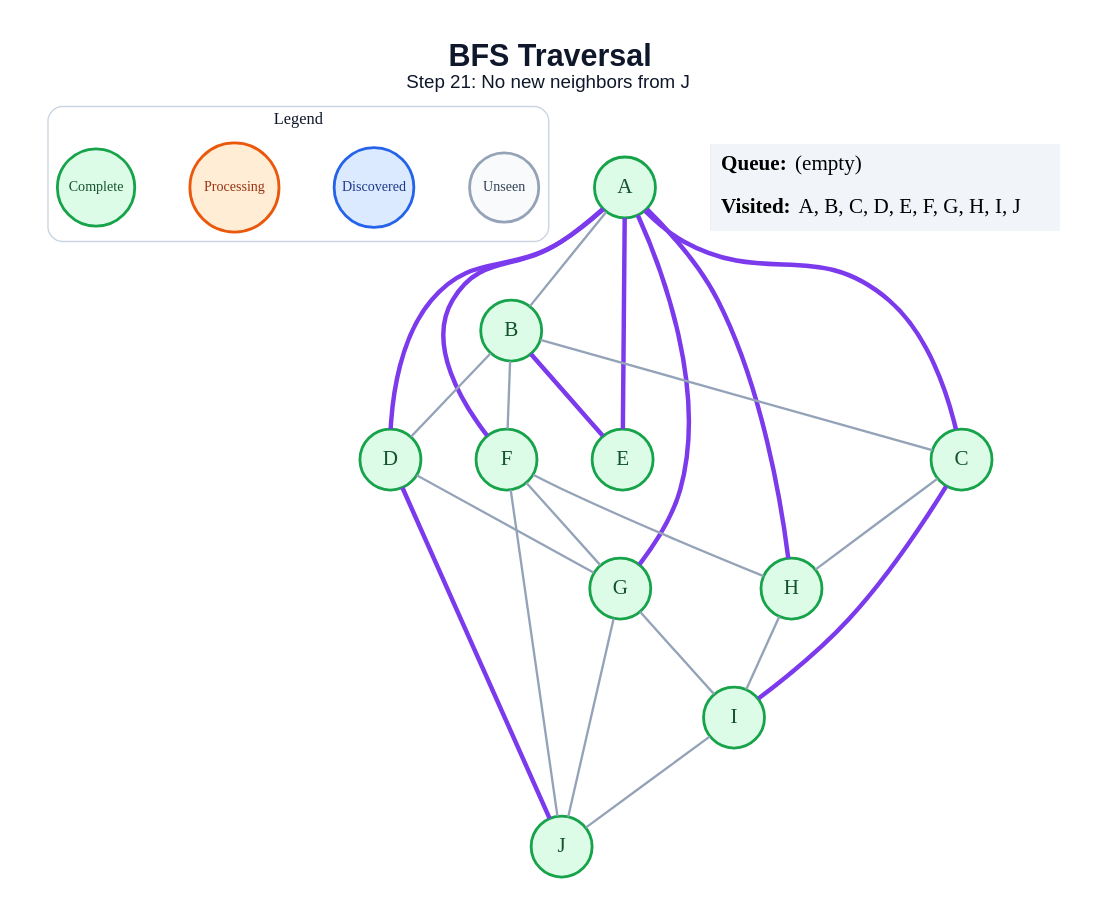
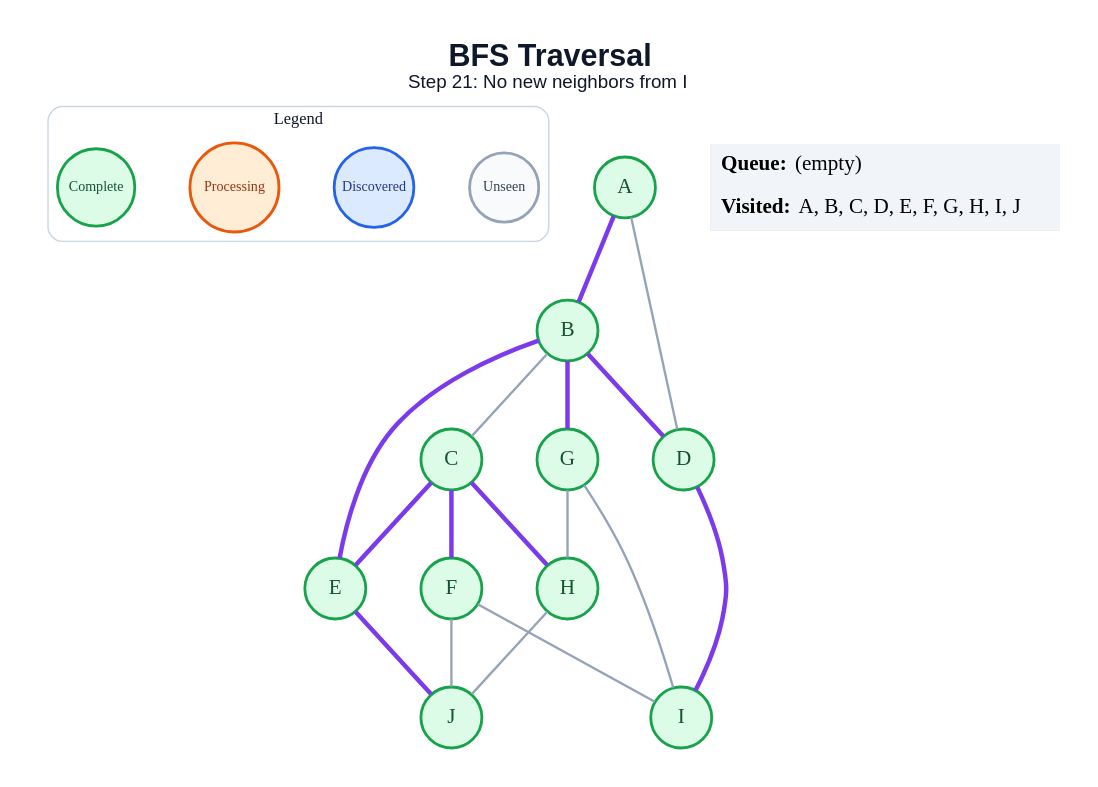
Before and after one commit to amanghodawala9/ai-slop: the diagram in generated/specific-node/bfs/step_21.dot, drawn with Graphviz. The commit also changed 178 other files, not shown here.

```diff
--- a/generated/specific-node/bfs/step_21.dot
+++ b/generated/specific-node/bfs/step_21.dot
@@ -1,51 +1,45 @@
 graph traversal {
   graph [layout=dot, rankdir=TB, bgcolor="#FFFFFF", pad="0.35", nodesep="0.65", ranksep="0.8", fontname="Arial"];
   node [shape=circle, style="filled", fontname="Arial Bold", fontsize=18, width=0.72, fixedsize=true, penwidth=2.4];
   edge [color="#94A3B8", penwidth=2.0];
-  label=<<B>BFS Traversal</B><BR/><FONT POINT-SIZE="16">Step 21: No new neighbors from J</FONT>>; labelloc="t"; fontsize=26; fontname="Arial"; fontcolor="#0F172A";
+  label=<<B>BFS Traversal</B><BR/><FONT POINT-SIZE="16">Step 21: No new neighbors from I</FONT>>; labelloc="t"; fontsize=26; fontname="Arial"; fontcolor="#0F172A";
   subgraph cluster_legend { label="Legend"; color="#CBD5E1"; penwidth=1.2; style="rounded"; fontsize=14; fontname="Arial Bold";
     key_unseen [label="Unseen", fillcolor="#F8FAFC", color="#94A3B8", fontcolor="#334155", fontsize=12, width=0.82];
     key_frontier [label="Discovered", fillcolor="#DBEAFE", color="#2563EB", fontcolor="#1E3A8A", fontsize=12, width=0.95];
     key_current [label="Processing", fillcolor="#FFEDD5", color="#EA580C", fontcolor="#9A3412", fontsize=12, width=1.05];
     key_done [label="Complete", fillcolor="#DCFCE7", color="#16A34A", fontcolor="#14532D", fontsize=12, width=0.92];
     { rank=same; key_unseen; key_frontier; key_current; key_done; }
   }
   A [fillcolor="#DCFCE7", color="#16A34A", fontcolor="#14532D"];
   B [fillcolor="#DCFCE7", color="#16A34A", fontcolor="#14532D"];
   C [fillcolor="#DCFCE7", color="#16A34A", fontcolor="#14532D"];
   D [fillcolor="#DCFCE7", color="#16A34A", fontcolor="#14532D"];
   E [fillcolor="#DCFCE7", color="#16A34A", fontcolor="#14532D"];
   F [fillcolor="#DCFCE7", color="#16A34A", fontcolor="#14532D"];
   G [fillcolor="#DCFCE7", color="#16A34A", fontcolor="#14532D"];
   H [fillcolor="#DCFCE7", color="#16A34A", fontcolor="#14532D"];
   I [fillcolor="#DCFCE7", color="#16A34A", fontcolor="#14532D"];
   J [fillcolor="#DCFCE7", color="#16A34A", fontcolor="#14532D"];
-  A -- B;
-  A -- C [color="#7C3AED", penwidth=3.8];
-  A -- D [color="#7C3AED", penwidth=3.8];
-  A -- E [color="#7C3AED", penwidth=3.8];
-  A -- F [color="#7C3AED", penwidth=3.8];
-  A -- G [color="#7C3AED", penwidth=3.8];
-  A -- H [color="#7C3AED", penwidth=3.8];
+  A -- B [color="#7C3AED", penwidth=3.8];
+  A -- D;
   B -- C;
-  B -- D;
+  B -- D [color="#7C3AED", penwidth=3.8];
   B -- E [color="#7C3AED", penwidth=3.8];
-  B -- F;
-  C -- H;
-  C -- I [color="#7C3AED", penwidth=3.8];
-  D -- G;
-  D -- J [color="#7C3AED", penwidth=3.8];
-  F -- G;
-  F -- H;
+  B -- G [color="#7C3AED", penwidth=3.8];
+  C -- E [color="#7C3AED", penwidth=3.8];
+  C -- F [color="#7C3AED", penwidth=3.8];
+  C -- H [color="#7C3AED", penwidth=3.8];
+  D -- I [color="#7C3AED", penwidth=3.8];
+  E -- J [color="#7C3AED", penwidth=3.8];
+  F -- I;
   F -- J;
+  G -- H;
   G -- I;
-  G -- J;
-  H -- I;
-  I -- J;
+  H -- J;
   status [shape=plain, fixedsize=false, width=0, height=0, margin=0, label=<
     <TABLE BORDER="0" CELLBORDER="0" CELLPADDING="7" BGCOLOR="#F1F5F9">
       <TR><TD ALIGN="LEFT"><B>Queue:</B> (empty)</TD></TR>
       <TR><TD ALIGN="LEFT"><B>Visited:</B> A, B, C, D, E, F, G, H, I, J</TD></TR>
     </TABLE>
   >];
 }
```
